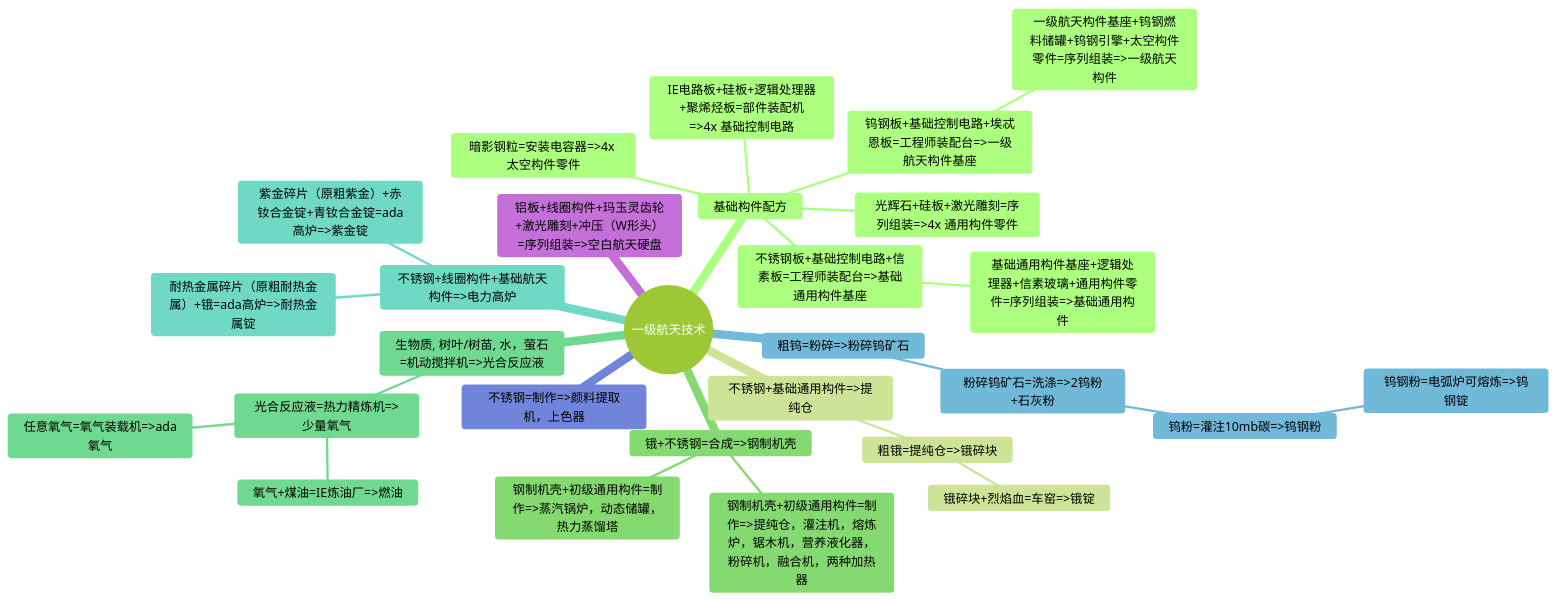
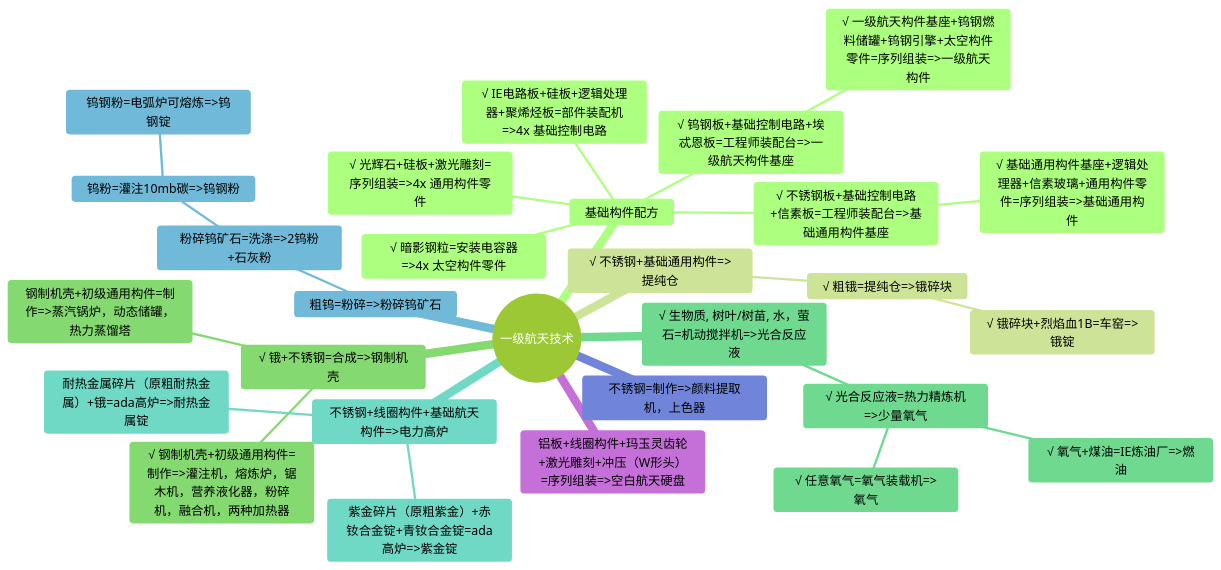
The first of 4 diagrams in Developer/TechTreeMap.md (VechniMetel/CodeNameCIM2), drawn with Mermaid (forest theme) before and after one commit. The commit also changed 48 other files, not shown here.

````diff
--- a/Developer/TechTreeMap.md
+++ b/Developer/TechTreeMap.md
@@ -2,31 +2,31 @@
 ``` mermaid
 mindmap
     root((一级航天技术))
         基础构件配方
-            IE电路板+硅板+逻辑处理器+聚烯烃板=部件装配机=>4x 基础控制电路
-            光辉石+硅板+激光雕刻=序列组装=>4x 通用构件零件
-            暗影钢粒=安装电容器=>4x 太空构件零件
-            钨钢板+基础控制电路+埃忒恩板=工程师装配台=>一级航天构件基座
-                一级航天构件基座+钨钢燃料储罐+钨钢引擎+太空构件零件=序列组装=>一级航天构件
-            不锈钢板+基础控制电路+信素板=工程师装配台=>基础通用构件基座
-                基础通用构件基座+逻辑处理器+信素玻璃+通用构件零件=序列组装=>基础通用构件
-        不锈钢+基础通用构件=>提纯仓
-            粗锇=提纯仓=>锇碎块
-                锇碎块+烈焰血=车窑=>锇锭
-        锇+不锈钢=合成=>钢制机壳
-            钢制机壳+初级通用构件=制作=>提纯仓，灌注机，熔炼炉，锯木机，营养液化器，粉碎机，融合机，两种加热器
+            √ IE电路板+硅板+逻辑处理器+聚烯烃板=部件装配机=>4x 基础控制电路
+            √ 光辉石+硅板+激光雕刻=序列组装=>4x 通用构件零件
+            √ 暗影钢粒=安装电容器=>4x 太空构件零件
+            √ 钨钢板+基础控制电路+埃忒恩板=工程师装配台=>一级航天构件基座
+                √ 一级航天构件基座+钨钢燃料储罐+钨钢引擎+太空构件零件=序列组装=>一级航天构件
+            √ 不锈钢板+基础控制电路+信素板=工程师装配台=>基础通用构件基座
+                √ 基础通用构件基座+逻辑处理器+信素玻璃+通用构件零件=序列组装=>基础通用构件
+        √ 不锈钢+基础通用构件=>提纯仓
+            √ 粗锇=提纯仓=>锇碎块
+                √ 锇碎块+烈焰血1B=车窑=>锇锭
+        √ 锇+不锈钢=合成=>钢制机壳
+            √ 钢制机壳+初级通用构件=制作=>灌注机，熔炼炉，锯木机，营养液化器，粉碎机，融合机，两种加热器
             钢制机壳+初级通用构件=制作=>蒸汽锅炉，动态储罐，热力蒸馏塔
-        生物质, 树叶/树苗, 水，萤石=机动搅拌机=>光合反应液
-            光合反应液=热力精炼机=>少量氧气
-                氧气+煤油=IE炼油厂=>燃油
-                任意氧气=氧气装载机=>ada氧气
+        √ 生物质, 树叶/树苗, 水，萤石=机动搅拌机=>光合反应液
+            √ 光合反应液=热力精炼机=>少量氧气
+                √ 氧气+煤油=IE炼油厂=>燃油
+                √ 任意氧气=氧气装载机=>氧气
         不锈钢+线圈构件+基础航天构件=>电力高炉
             紫金碎片（原粗紫金）+赤钕合金锭+青钕合金锭=ada高炉=>紫金锭
             耐热金属碎片（原粗耐热金属）+锇=ada高炉=>耐热金属锭
         粗钨=粉碎=>粉碎钨矿石
             粉碎钨矿石=洗涤=>2钨粉+石灰粉
                 钨粉=灌注10mb碳=>钨钢粉
                     钨钢粉=电弧炉可熔炼=>钨钢锭
         不锈钢=制作=>颜料提取机，上色器
         铝板+线圈构件+玛玉灵齿轮+激光雕刻+冲压（W形头）=序列组装=>空白航天硬盘
 ```
````
